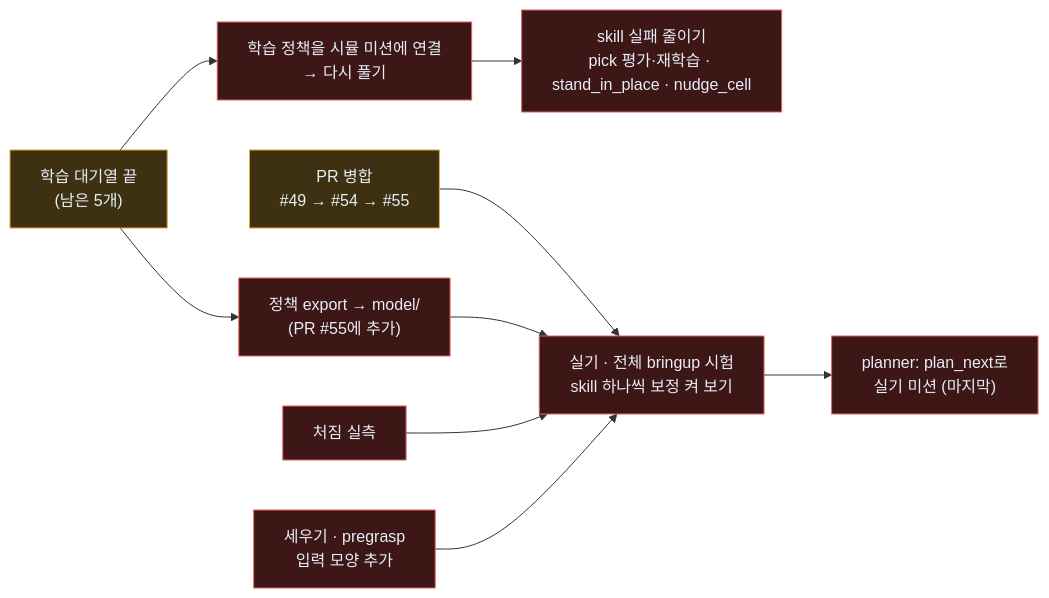
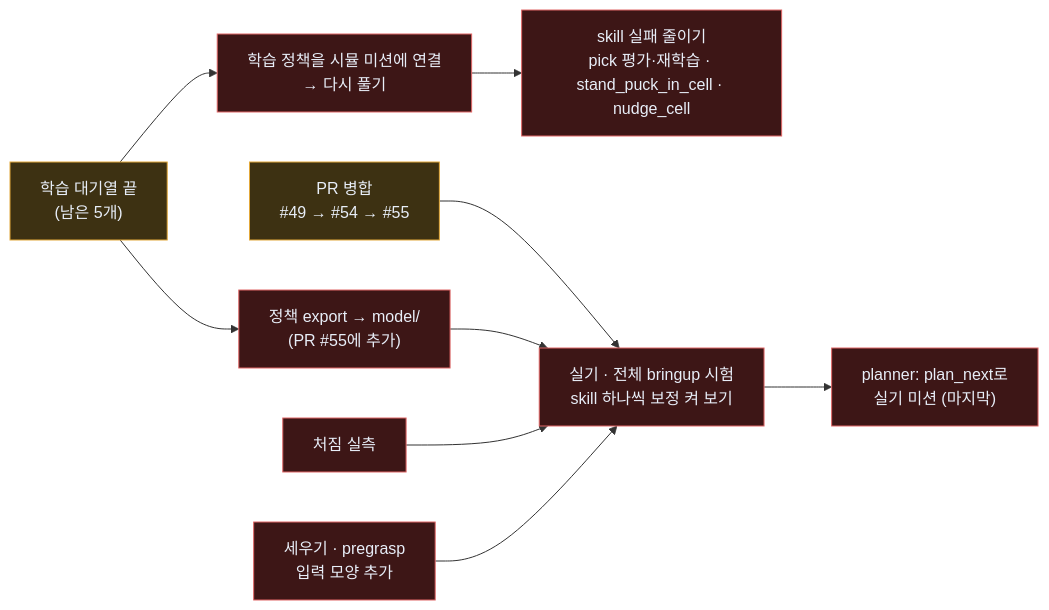
Before and after one commit to JuneKunst/JuneKunst.github.io: the ninth of 9 diagrams in bee/system-map.md, drawn with Mermaid. The commit also changed other lines of this file and 7 other files, not shown here.

Commit message:
docs: bee 재학습 현황 (load_slot · pregrasp) · skill 이름 바꿈 (pick_standing_puck · stand_lying_puck …)

````diff
--- a/bee/system-map.md
+++ b/bee/system-map.md
@@ -376,13 +376,13 @@
 ```mermaid
 flowchart LR
   g6_A["학습 대기열 끝<br/>(남은 5개)"]:::wip --> g6_B["정책 export → model/<br/>(PR #55에 추가)"]:::no
   g6_A --> g6_S["학습 정책을 시뮬 미션에 연결<br/>→ 다시 풀기"]:::no
-  g6_S --> g6_C["skill 실패 줄이기<br/>pick 평가·재학습 · stand_in_place · nudge_cell"]:::no
+  g6_S --> g6_C["skill 실패 줄이기<br/>pick 평가·재학습 · stand_puck_in_cell · nudge_cell"]:::no
   g6_M["PR 병합<br/>#49 → #54 → #55"]:::wip --> g6_F["실기 · 전체 bringup 시험<br/>skill 하나씩 보정 켜 보기"]:::no
   g6_B --> g6_F
   g6_H["처짐 실측"]:::no --> g6_F
   g6_L["세우기 · pregrasp<br/>입력 모양 추가"]:::no --> g6_F
   g6_F --> g6_I["planner: plan_next로<br/>실기 미션 (마지막)"]:::no
   classDef wip fill:#3d3112,stroke:#e2a83a,color:#e8eef8
   classDef no fill:#3d1616,stroke:#e06666,color:#e8eef8
 ```
````
